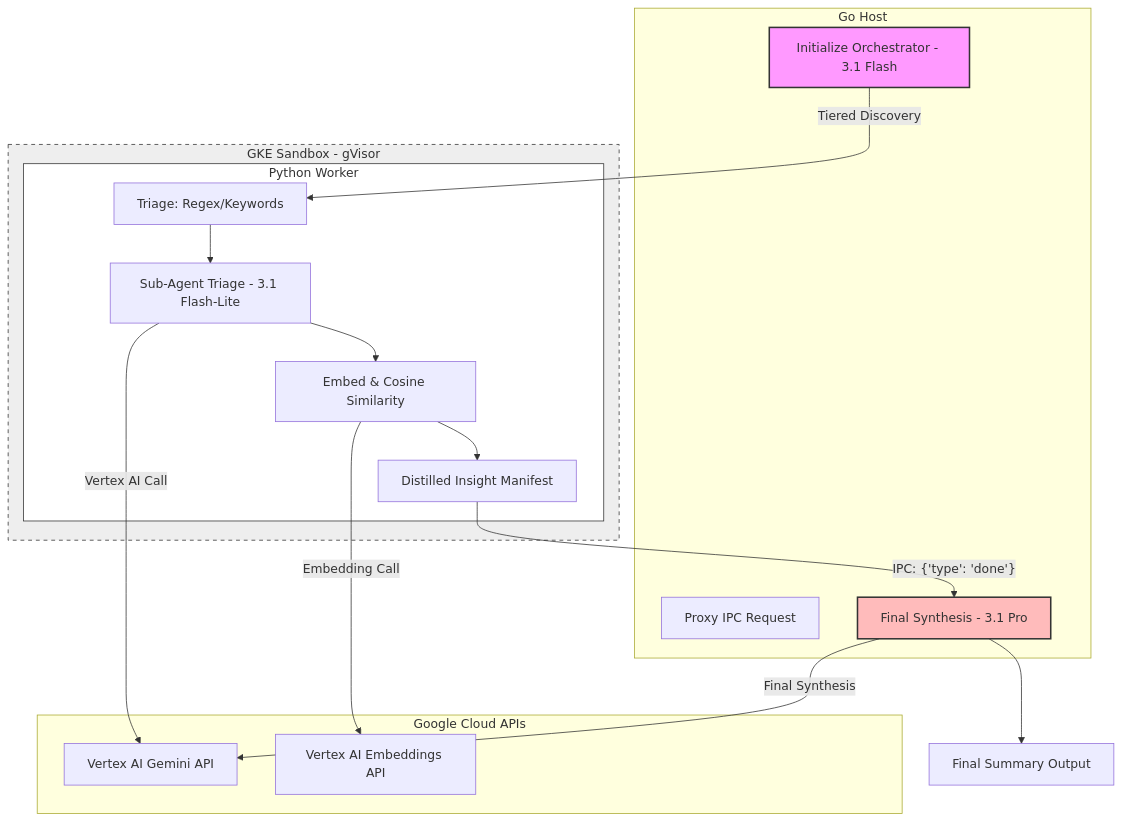
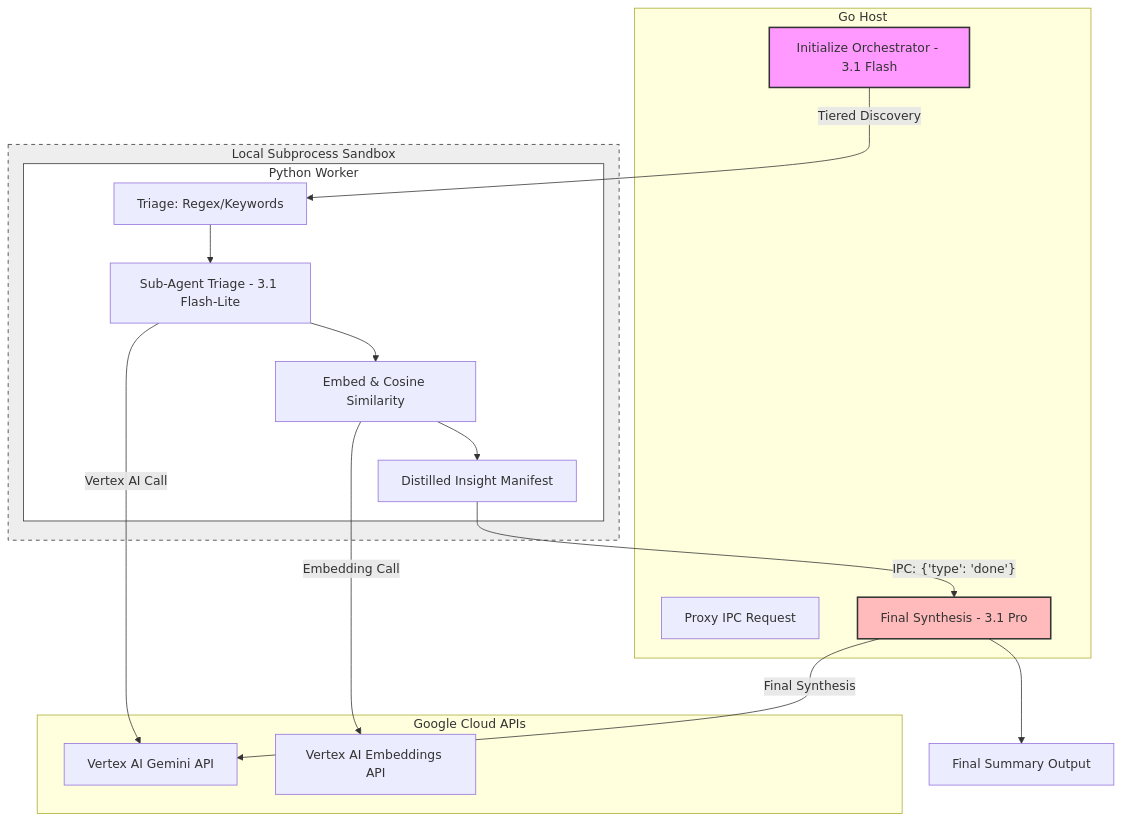
The diagram in WORKFLOW.md (iuriikogan/code-sandbox-repl-rag), drawn with Mermaid before and after one commit. The commit also changed other lines of this file and 7 other files, not shown here.

````diff
--- a/WORKFLOW.md
+++ b/WORKFLOW.md
@@ -6,40 +6,40 @@
 ```mermaid
 graph TD
     %% Roles and Definitions
     subgraph GoHost [Go Host]
         A[Initialize Orchestrator - 3.1 Flash]
         E[Proxy IPC Request]
         G[Final Synthesis - 3.1 Pro]
     end
 
-    subgraph GKESandbox [GKE Sandbox - gVisor]
+    subgraph SubprocessSandbox [Local Subprocess Sandbox]
         subgraph PythonExecution [Python Worker]
             C[Triage: Regex/Keywords]
             D[Sub-Agent Triage - 3.1 Flash-Lite]
             F[Embed & Cosine Similarity]
             I[Distilled Insight Manifest]
         end
     end
 
     subgraph GCP_APIs [Google Cloud APIs]
         V[Vertex AI Gemini API]
         M[Vertex AI Embeddings API]
     end
 
     %% Flow
     A -->|Tiered Discovery| C
     C --> D
     D -->|Vertex AI Call| V
     D --> F
     F -->|Embedding Call| M
     F --> I
     I -->|"IPC: {'type': 'done'}"| G
     G -->|Final Synthesis| V
     G --> H[Final Summary Output]
 
     %% Styling
     style A fill:#f9f,stroke:#333,stroke-width:2px
     style G fill:#fbb,stroke:#333,stroke-width:2px
-    style GKESandbox fill:#eee,stroke:#333,stroke-dasharray: 5 5
+    style SubprocessSandbox fill:#eee,stroke:#333,stroke-dasharray: 5 5
     style PythonExecution fill:#fff,stroke:#333
 ```
````
